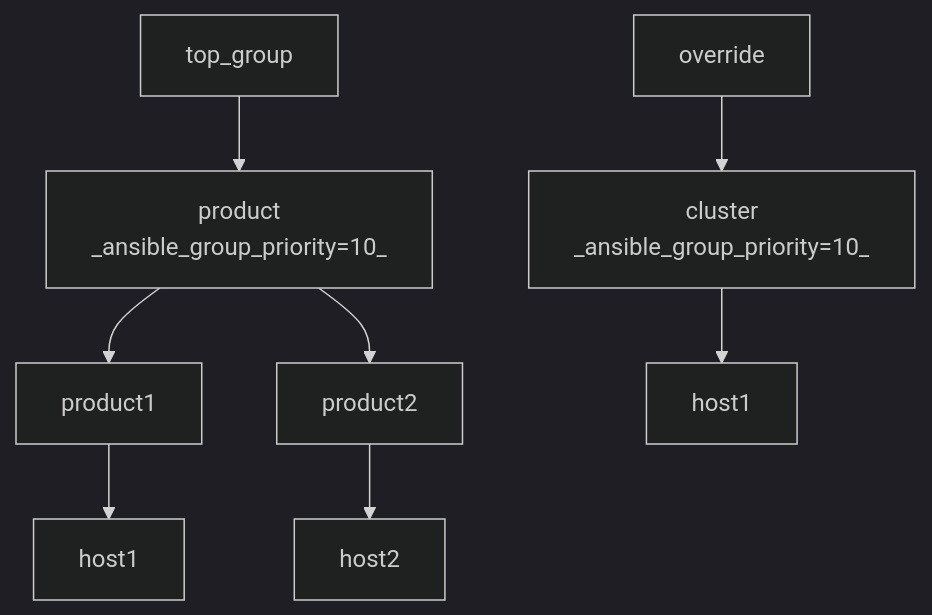
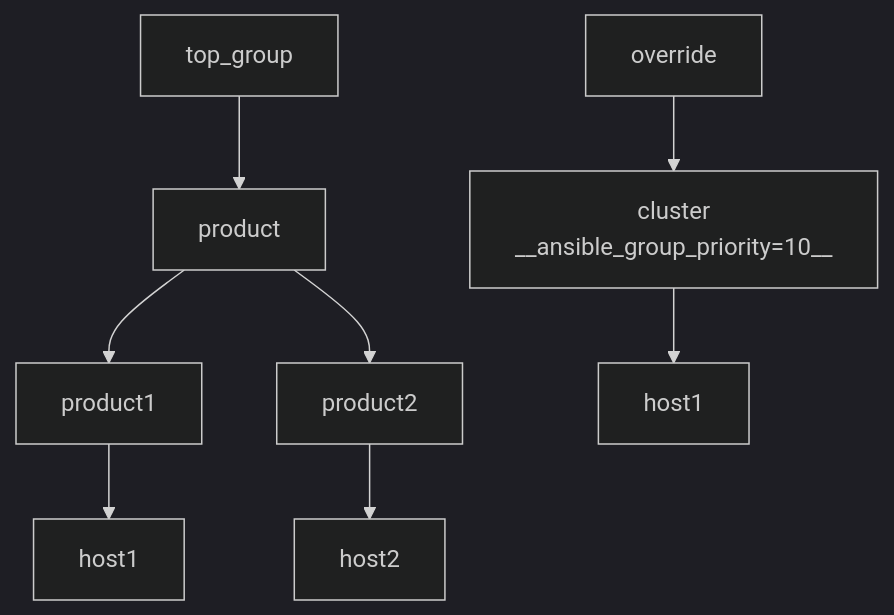
One commit to lj020326/Ansible-inventory-file-examples changed the diagram in tests/ansible-group-priority/example3/README.md. Above: the diagram before and after it, drawn with Mermaid (dark theme). The commit also changed other lines of this file, not shown here.

Commit message:
develop-lj - 	modified:   tests/ansible-group-priority/example3/README.md

````diff
--- a/tests/ansible-group-priority/example3/README.md
+++ b/tests/ansible-group-priority/example3/README.md
@@ -11,10 +11,10 @@
 ```mermaid
 graph TD;
-    A[top_group] --> C[product<br>_ansible_group_priority=10_]
-    B[override] --> F[cluster<br>_ansible_group_priority=10_]
+    A[top_group] --> C[product]
+    B[override] --> F[cluster<br>__ansible_group_priority=10__]
     C --> D["product1"]
     C --> E["product2"]
     D --> H["host1"]
     E --> I["host2"]
     F --> J["host1"]
 ```
````
